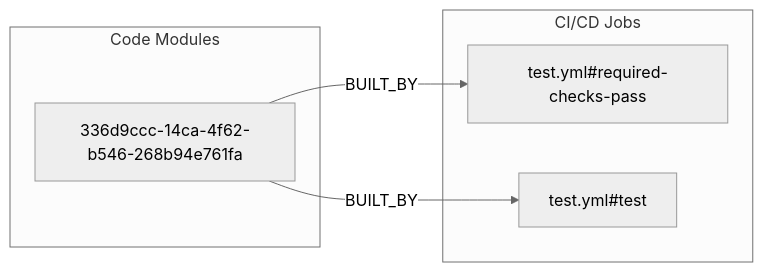
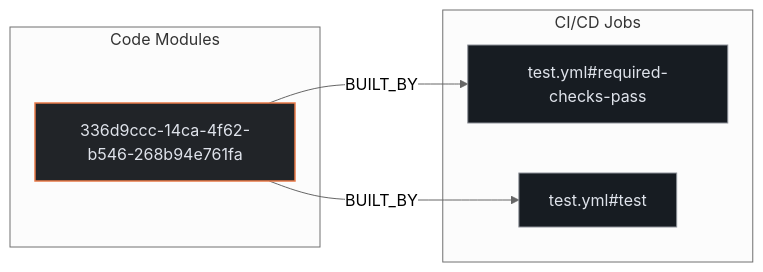
One commit to kumarshaz/atruss-code-atlas changed the second of 3 diagrams in exports/latest/reports/TryGhost-Casper-report.md. Above: the diagram before and after it, drawn with Mermaid (neutral theme). The commit also changed other lines of this file and 331 other files, not shown here.

Commit message:
docs,ui,fix: update SDLC docs, reorder CI/CD DAG first, stylize Mermaid, and fix Arc42 pipeline topology

````diff
--- a/exports/latest/reports/TryGhost-Casper-report.md
+++ b/exports/latest/reports/TryGhost-Casper-report.md
@@ -95,12 +102,16 @@
 ```mermaid
 flowchart LR
+    classDef atlasCategory fill:#212428,stroke:#E87A48,stroke-width:1.5px,color:#dfe3eb
+    classDef atlasWorkflow fill:#1b2026,stroke:#a3c9ff,stroke-width:1.5px,color:#dfe3eb
+    classDef atlasJob fill:#171c22,stroke:#8d9199,stroke-width:1px,color:#dfe3eb
+    classDef atlasTarget fill:#005227,stroke:#8bd99b,stroke-width:1.5px,color:#a7f6b6
     subgraph code_modules["Code Modules"]
-        mod_336d9ccc_14ca_4f62_b546_268b94e761fa["336d9ccc-14ca-4f62-b546-268b94e761fa"]
+        mod_336d9ccc_14ca_4f62_b546_268b94e761fa["336d9ccc-14ca-4f62-b546-268b94e761fa"]:::atlasCategory
     end
     subgraph ci_jobs["CI/CD Jobs"]
-        job_test_yml_required_checks_pass["test.yml#required-checks-pass"]
-        job_test_yml_test["test.yml#test"]
+        job_test_yml_required_checks_pass["test.yml#required-checks-pass"]:::atlasJob
+        job_test_yml_test["test.yml#test"]:::atlasJob
     end
     mod_336d9ccc_14ca_4f62_b546_268b94e761fa -->|BUILT_BY| job_test_yml_required_checks_pass
     mod_336d9ccc_14ca_4f62_b546_268b94e761fa -->|BUILT_BY| job_test_yml_test
 ```
````
